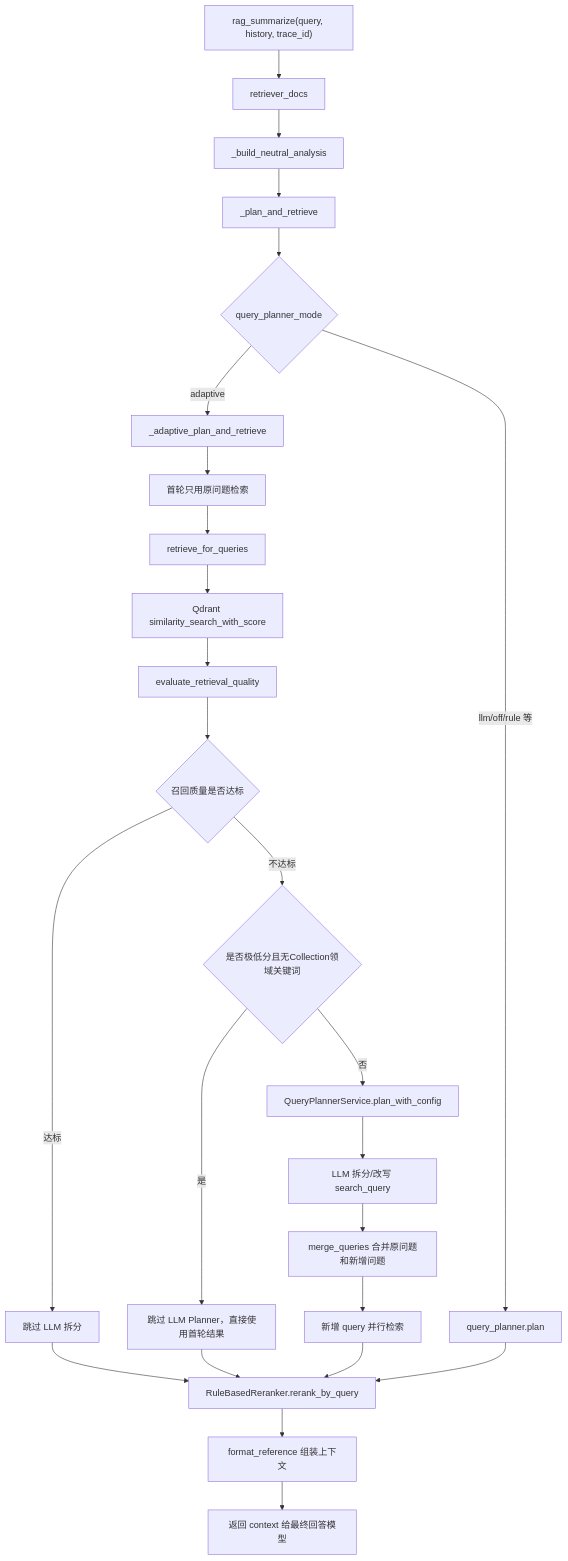
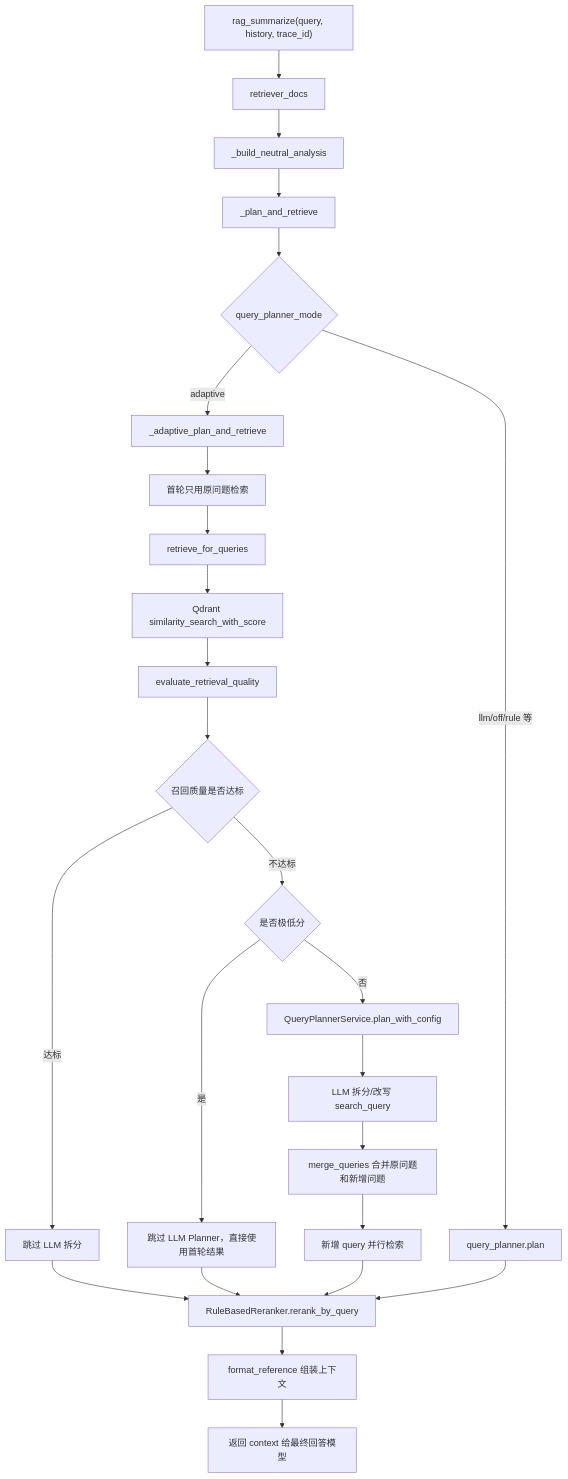
The second of 2 diagrams in docs/用户输入向量检索的流程.md (chen-liang-22/AI_RAG_Agent_Project), drawn with Mermaid before and after one commit. The commit also changed other lines of this file and 5 other files, not shown here.

````diff
--- a/docs/用户输入向量检索的流程.md
+++ b/docs/用户输入向量检索的流程.md
@@ -163,27 +163,27 @@
 ```mermaid
 flowchart TD
     A["rag_summarize(query, history, trace_id)"] --> B["retriever_docs"]
     B --> C["_build_neutral_analysis"]
     C --> D["_plan_and_retrieve"]
     D --> E{"query_planner_mode"}
     E -- "adaptive" --> F["_adaptive_plan_and_retrieve"]
     E -- "llm/off/rule 等" --> G["query_planner.plan"]
     F --> H["首轮只用原问题检索"]
     H --> I["retrieve_for_queries"]
     I --> J["Qdrant similarity_search_with_score"]
     J --> K["evaluate_retrieval_quality"]
     K --> L{"召回质量是否达标"}
     L -- "达标" --> M["跳过 LLM 拆分"]
-    L -- "不达标" --> N{"是否极低分且无Collection领域关键词"}
+    L -- "不达标" --> N{"是否极低分"}
     N -- "是" --> O["跳过 LLM Planner，直接使用首轮结果"]
     N -- "否" --> P["QueryPlannerService.plan_with_config"]
     P --> Q["LLM 拆分/改写 search_query"]
     Q --> R["merge_queries 合并原问题和新增问题"]
     R --> S["新增 query 并行检索"]
     M --> T["RuleBasedReranker.rerank_by_query"]
     O --> T
     S --> T
     G --> T
     T --> U["format_reference 组装上下文"]
     U --> V["返回 context 给最终回答模型"]
 ```
````
